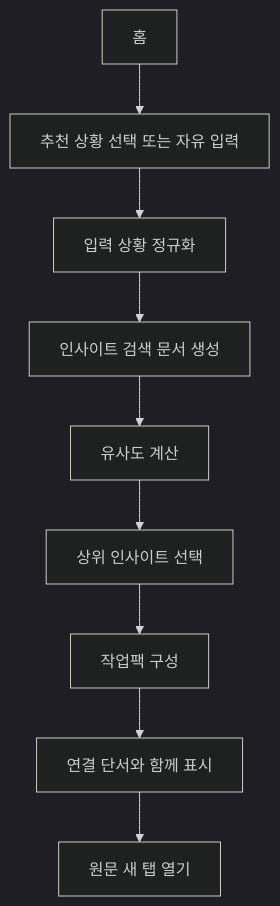
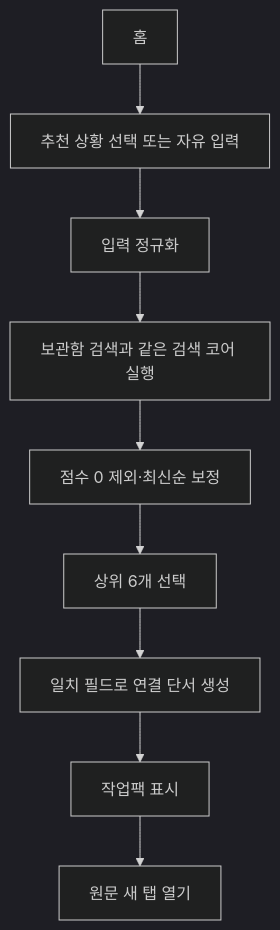
One commit to Mureung1/hub-showcase changed the diagram in docs/retrieve.md. Above: the diagram before and after it, drawn with Mermaid (dark theme). The commit also changed other lines of this file and 9 other files, not shown here.

````diff
--- a/docs/retrieve.md
+++ b/docs/retrieve.md
@@ -120,11 +119,11 @@
 ```mermaid
 flowchart TD
   A["홈"] --> B["추천 상황 선택 또는 자유 입력"]
-  B --> C["입력 상황 정규화"]
-  C --> D["인사이트 검색 문서 생성"]
-  D --> E["유사도 계산"]
-  E --> F["상위 인사이트 선택"]
-  F --> G["작업팩 구성"]
-  G --> H["연결 단서와 함께 표시"]
+  B --> C["입력 정규화"]
+  C --> D["보관함 검색과 같은 검색 코어 실행"]
+  D --> E["점수 0 제외·최신순 보정"]
+  E --> F["상위 6개 선택"]
+  F --> G["일치 필드로 연결 단서 생성"]
+  G --> H["작업팩 표시"]
   H --> I["원문 새 탭 열기"]
 ```
````
